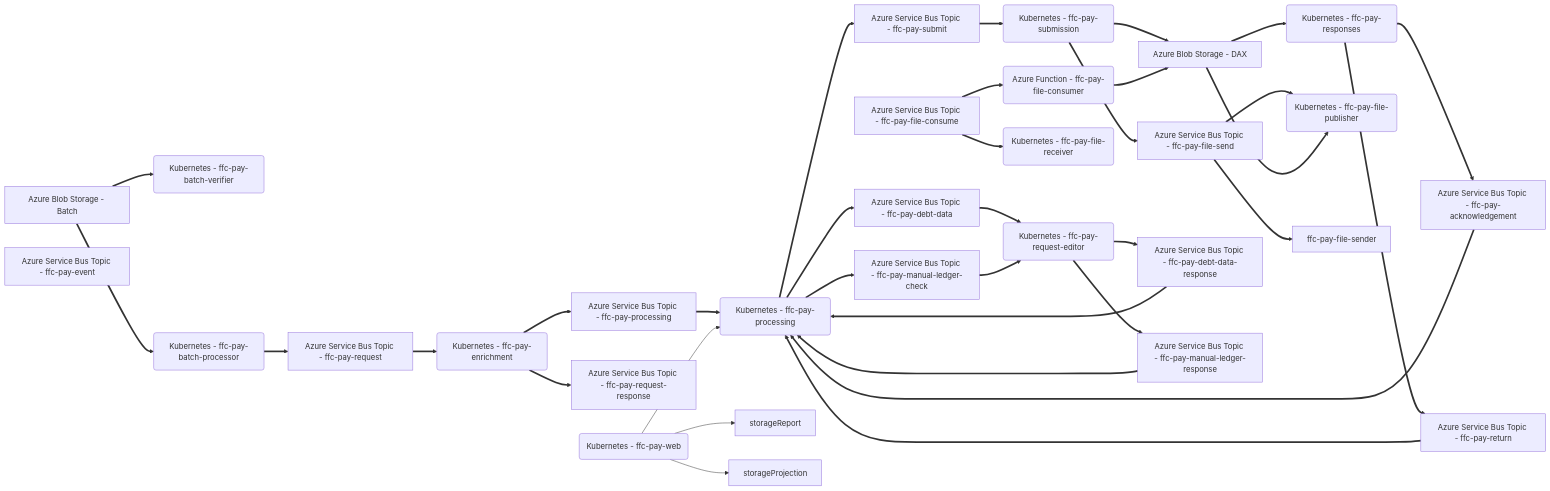
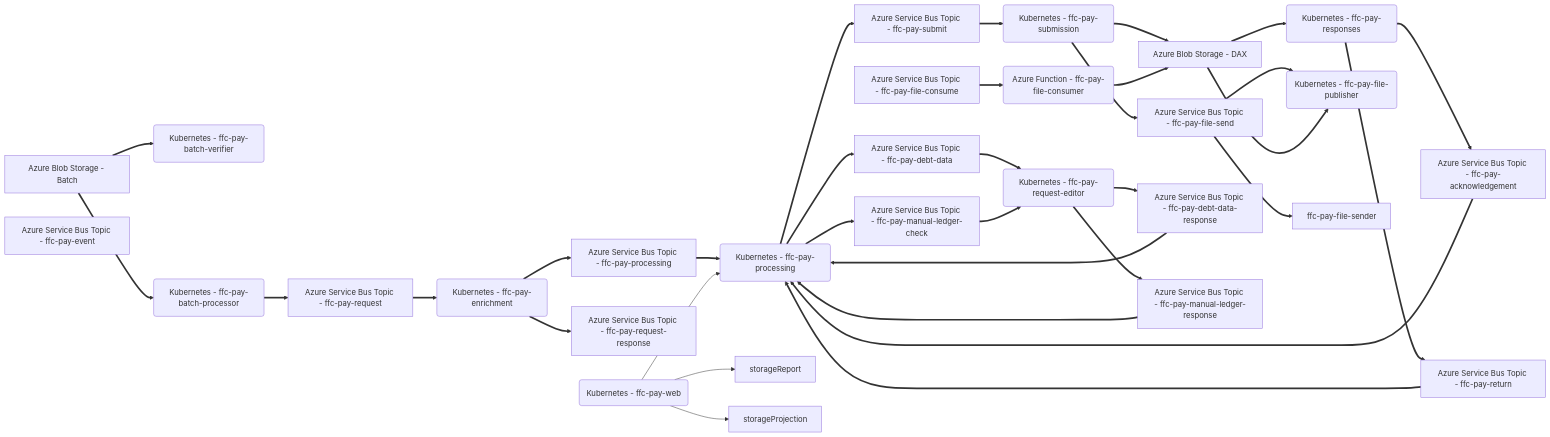
The first of 3 diagrams in README.md (DEFRA/ffc-pay-core), drawn with Mermaid before and after one commit. The commit also changed other lines of this file and 1 other file, not shown here.

````diff
--- a/README.md
+++ b/README.md
@@ -39,68 +38,66 @@
 ```mermaid
 flowchart LR
 ffc-pay-batch-verifier(Kubernetes - ffc-pay-batch-verifier)
 ffc-pay-batch-processor(Kubernetes - ffc-pay-batch-processor)
 ffc-pay-enrichment(Kubernetes - ffc-pay-enrichment)
 ffc-pay-processing(Kubernetes - ffc-pay-processing)
 ffc-pay-submission(Kubernetes - ffc-pay-submission)
 ffc-pay-responses(Kubernetes - ffc-pay-responses)
 ffc-pay-request-editor(Kubernetes - ffc-pay-request-editor)
 ffc-pay-web(Kubernetes - ffc-pay-web)
 ffc-pay-file-publisher(Kubernetes - ffc-pay-file-publisher)
-ffc-pay-file-receiver(Kubernetes - ffc-pay-file-receiver)
 ffc-pay-file-consumer(Azure Function - ffc-pay-file-consumer)
 
 storageBatch[Azure Blob Storage - Batch]
 storageDAX[Azure Blob Storage - DAX]
 
 topicRequest[Azure Service Bus Topic - ffc-pay-request]
 topicResponse[Azure Service Bus Topic - ffc-pay-request-response]
 topicProcessing[Azure Service Bus Topic - ffc-pay-processing]
 topicSubmit[Azure Service Bus Topic - ffc-pay-submit]
 topicFileSend[Azure Service Bus Topic - ffc-pay-file-send]
 topicFileConsume[Azure Service Bus Topic - ffc-pay-file-consume]
 topicReturn[Azure Service Bus Topic - ffc-pay-return]
 topicAck[Azure Service Bus Topic - ffc-pay-acknowledgement]
 topicDebt[Azure Service Bus Topic - ffc-pay-debt-data]
 topicDebtResponse[Azure Service Bus Topic - ffc-pay-debt-data-response]
 topicLedger[Azure Service Bus Topic - ffc-pay-manual-ledger-check]
 topicLedgerResponse[Azure Service Bus Topic - ffc-pay-manual-ledger-response]
 topicEvent[Azure Service Bus Topic - ffc-pay-event]
 
 storageBatch ==> ffc-pay-batch-verifier
 storageBatch ==> ffc-pay-batch-processor
 ffc-pay-batch-processor ==> topicRequest
 topicRequest ==> ffc-pay-enrichment
 ffc-pay-enrichment ==> topicResponse
 ffc-pay-enrichment ==> topicProcessing
 topicProcessing ==> ffc-pay-processing
 ffc-pay-processing ==> topicSubmit
 topicSubmit ==> ffc-pay-submission
 ffc-pay-submission ==> storageDAX
 ffc-pay-submission ==> topicFileSend
 topicFileSend ==> ffc-pay-file-sender
 topicFileSend ==> ffc-pay-file-publisher
 storageDAX ==> ffc-pay-file-publisher
 
 topicFileConsume ==> ffc-pay-file-consumer
-topicFileConsume ==> ffc-pay-file-receiver
 ffc-pay-file-consumer ==> storageDAX
 storageDAX ==> ffc-pay-responses
 ffc-pay-responses ==> topicAck
 ffc-pay-responses ==> topicReturn
 topicAck ==> ffc-pay-processing
 topicReturn ==> ffc-pay-processing
 
 ffc-pay-processing ==> topicDebt
 ffc-pay-processing ==> topicLedger
 topicDebt ==> ffc-pay-request-editor
 topicLedger ==> ffc-pay-request-editor
 ffc-pay-request-editor ==> topicDebtResponse
 ffc-pay-request-editor ==> topicLedgerResponse
 topicDebtResponse ==> ffc-pay-processing
 topicLedgerResponse ==> ffc-pay-processing
 
 ffc-pay-web --> ffc-pay-processing
 ffc-pay-web --> storageReport
 ffc-pay-web --> storageProjection
 ```
````
